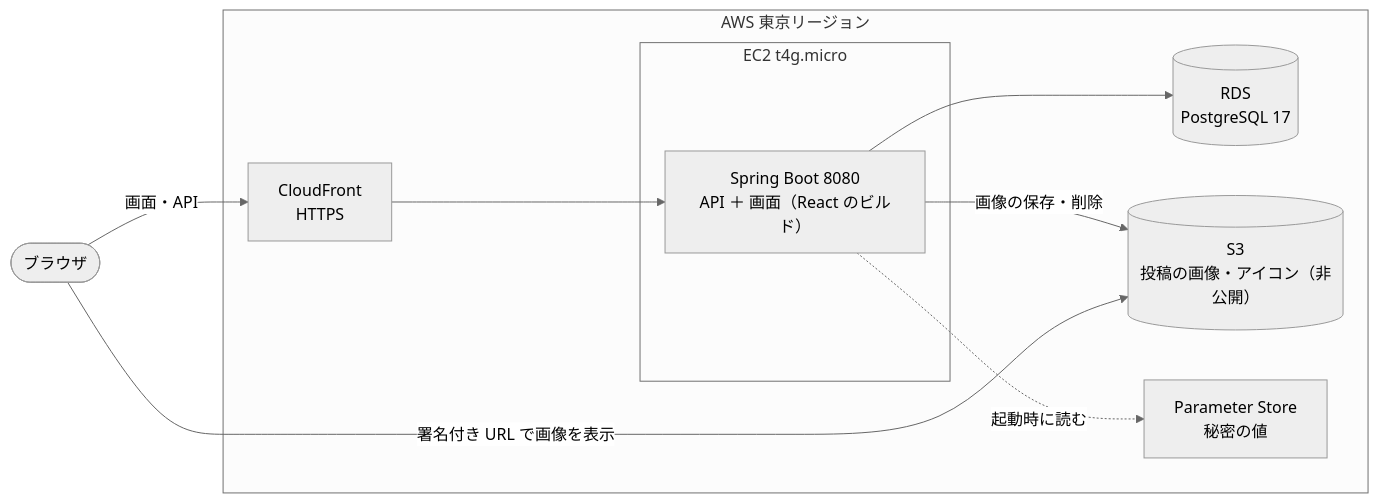
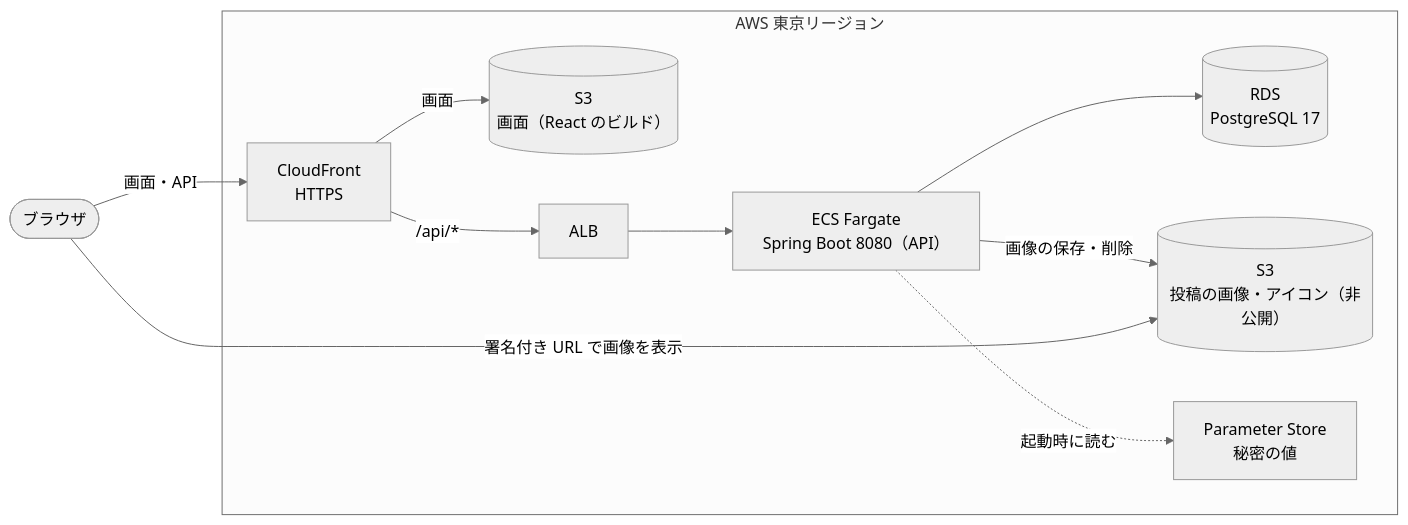
The diagram in README.md (y0408e0301-star/raise-timeline), drawn with Mermaid (neutral theme) before and after one commit. The commit also changed other lines of this file and 30 other files, not shown here.

First line of the commit message:
公開環境の Terraform（S3＋CloudFront・ALB・ECS Fargate・RDS）と API のイメージを作る（3-2b） (#71)

````diff
--- a/README.md
+++ b/README.md
@@ -91,20 +91,22 @@
 ```mermaid
 flowchart LR
     user(["ブラウザ"])
 
     subgraph aws["AWS 東京リージョン"]
         cf["CloudFront<br/>HTTPS"]
-        subgraph ec2["EC2 t4g.micro"]
-            app["Spring Boot 8080<br/>API ＋ 画面（React のビルド）"]
-        end
+        web[("S3<br/>画面（React のビルド）")]
+        alb["ALB"]
+        app["ECS Fargate<br/>Spring Boot 8080（API）"]
         rds[("RDS<br/>PostgreSQL 17")]
         s3[("S3<br/>投稿の画像・アイコン（非公開）")]
         ssm["Parameter Store<br/>秘密の値"]
     end
 
-    user -- "画面・API" --> cf --> app
+    user -- "画面・API" --> cf
+    cf -- "画面" --> web
+    cf -- "/api/*" --> alb --> app
     app --> rds
     app -- "画像の保存・削除" --> s3
     user -- "署名付き URL で画像を表示" --> s3
     app -. "起動時に読む" .-> ssm
 ```
````
